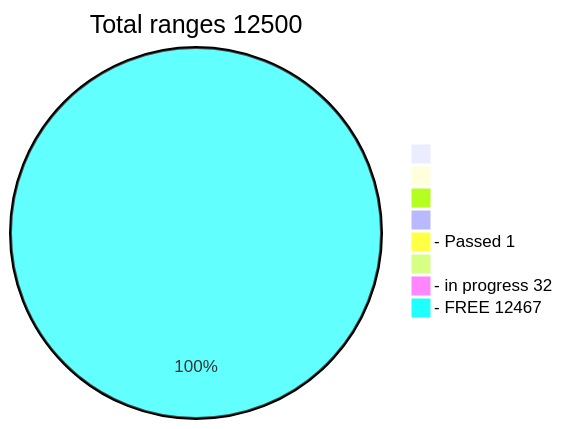
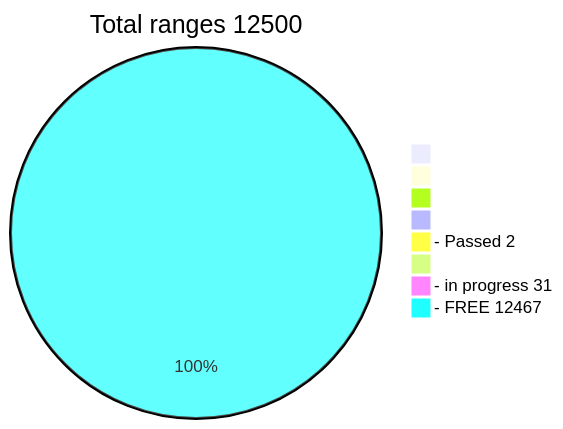
One commit to phrutis/Passphrases changed the diagram in README.md. Above: the diagram before and after it, drawn with Mermaid.

````diff
--- a/README.md
+++ b/README.md
@@ -3,12 +3,12 @@
 ```mermaid
 pie title Total ranges 12500
              " " : 0
             "  " : 0
            "   " : 0
           "    " : 0
-  "- Passed 1" : 1
+  "- Passed 2" : 2
          "     " : 0
-  "- in progress 32" : 32
+  "- in progress 31" : 31
    "- FREE 12467" : 12467
    
 ```
````
